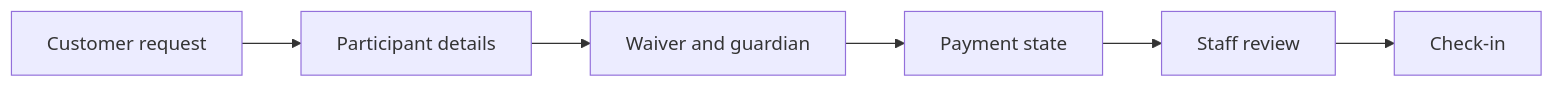
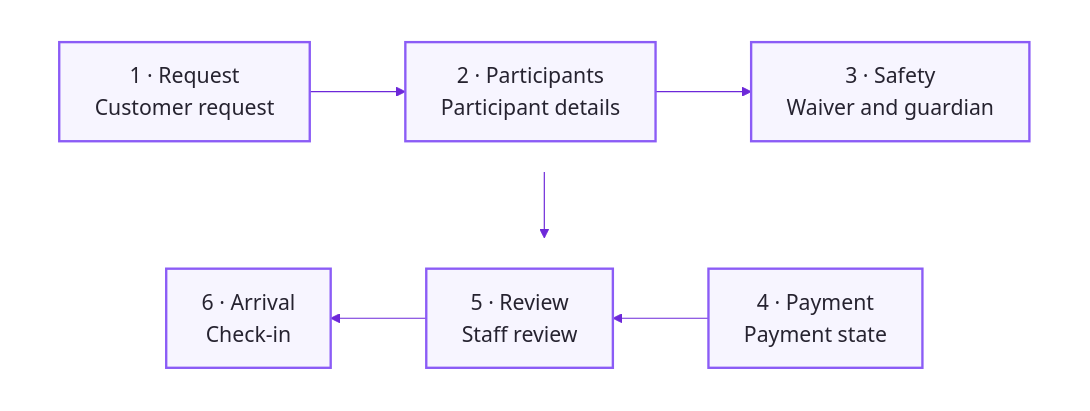
Before and after one commit to savannah-obyrne/savannah-obyrne: the diagram in projects/client-operations-platform/diagrams/workflow.mmd, drawn with Mermaid.

Commit message:
Replace Client workflow diagram source

```diff
--- a/projects/client-operations-platform/diagrams/workflow.mmd
+++ b/projects/client-operations-platform/diagrams/workflow.mmd
@@ -1,12 +1,17 @@
-flowchart LR
-  N0["Customer request"]
-  N1["Participant details"]
-  N2["Waiver and guardian"]
-  N3["Payment state"]
-  N4["Staff review"]
-  N5["Check-in"]
-  N0 --> N1
-  N1 --> N2
+%% Public SVG uses the same six verified steps in a two-row numbered sequence.
+%%{init: {"theme":"base","flowchart":{"curve":"linear","nodeSpacing":32,"rankSpacing":56},"themeVariables":{"background":"#FCFCFD","primaryColor":"#F7F5FF","primaryTextColor":"#262330","primaryBorderColor":"#8B5CF6","lineColor":"#6D28D9","fontFamily":"Arial, Helvetica, sans-serif","fontSize":"18px"}}}%%
+flowchart TB
+  subgraph R1[" "]
+    direction LR
+    N0["1 · Request<br/>Customer request"] --> N1["2 · Participants<br/>Participant details"] --> N2["3 · Safety<br/>Waiver and guardian"]
+  end
+  subgraph R2[" "]
+    direction RL
+    N3["4 · Payment<br/>Payment state"] --> N4["5 · Review<br/>Staff review"] --> N5["6 · Arrival<br/>Check-in"]
+  end
   N2 --> N3
-  N3 --> N4
-  N4 --> N5
+
+  classDef stage fill:#F7F5FF,stroke:#8B5CF6,color:#262330,stroke-width:2px;
+  class N0,N1,N2,N3,N4,N5 stage;
+  style R1 fill:transparent,stroke:transparent
+  style R2 fill:transparent,stroke:transparent
```
